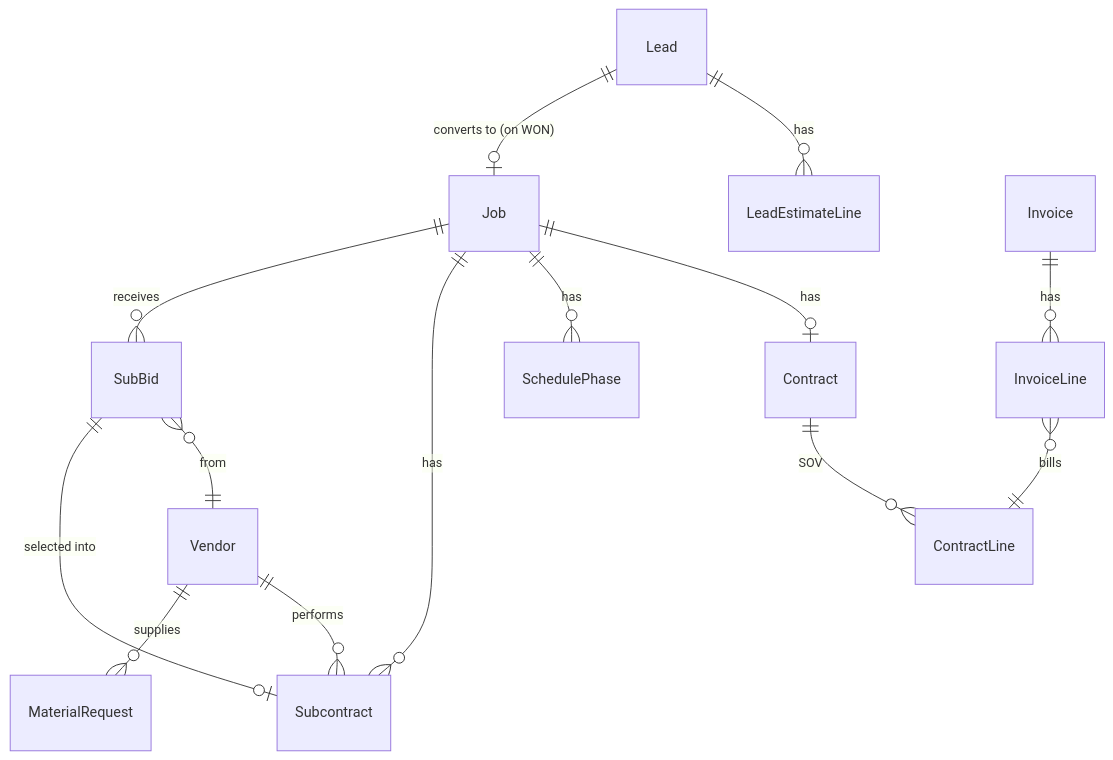
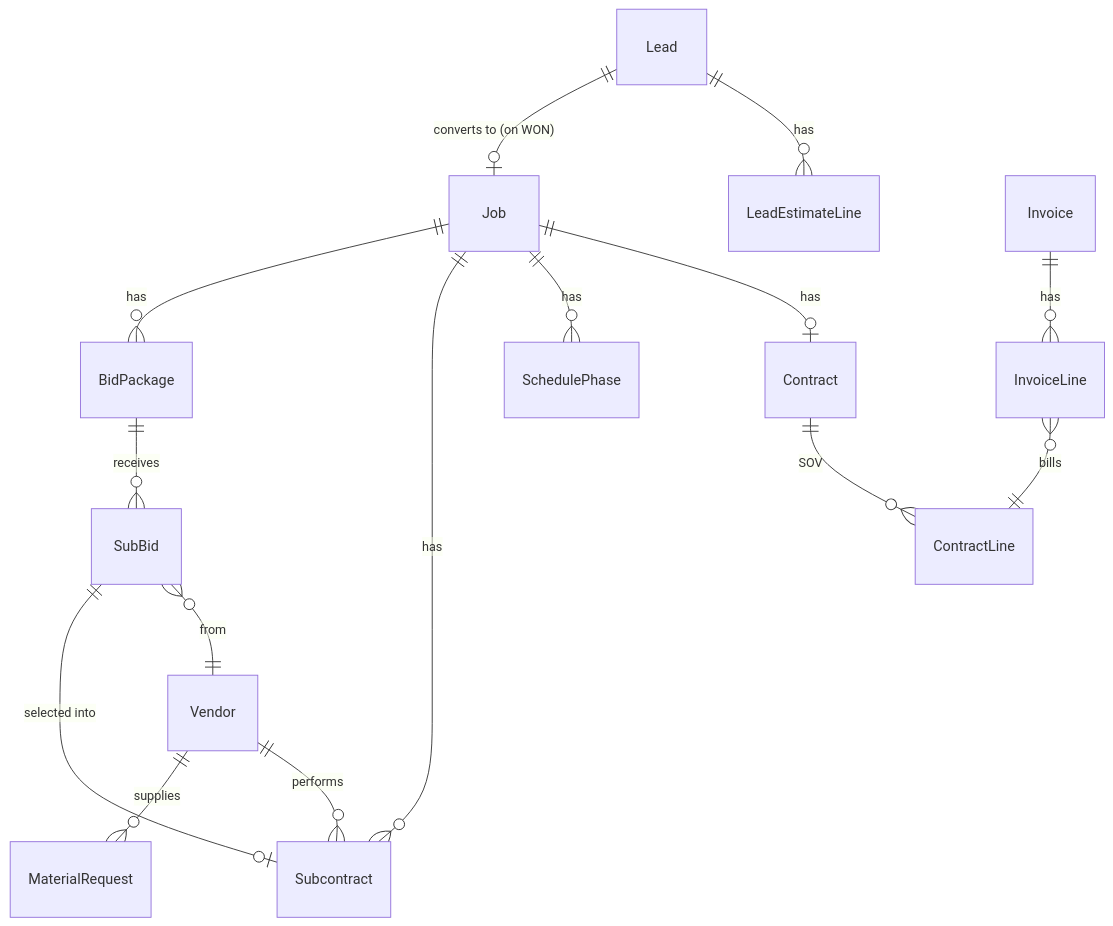
Before and after one commit to hogankeigen99-dev/blue-collar1: the second of 2 diagrams in docs/ARCHITECTURE.md, drawn with Mermaid. The commit also changed other lines of this file and 13 other files, not shown here.

````diff
--- a/docs/ARCHITECTURE.md
+++ b/docs/ARCHITECTURE.md
@@ -589,16 +615,17 @@
 ```mermaid
 erDiagram
     Lead ||--o{ LeadEstimateLine : has
     Lead ||--o| Job : "converts to (on WON)"
     Job ||--o| Contract : has
     Contract ||--o{ ContractLine : "SOV"
     Job ||--o{ SchedulePhase : has
     Job ||--o{ Subcontract : has
     Vendor ||--o{ Subcontract : performs
     Vendor ||--o{ MaterialRequest : supplies
     Invoice ||--o{ InvoiceLine : has
     InvoiceLine }o--|| ContractLine : bills
-    Job ||--o{ SubBid : receives
+    Job ||--o{ BidPackage : has
+    BidPackage ||--o{ SubBid : receives
     SubBid }o--|| Vendor : from
     SubBid ||--o| Subcontract : "selected into"
 ```
````
